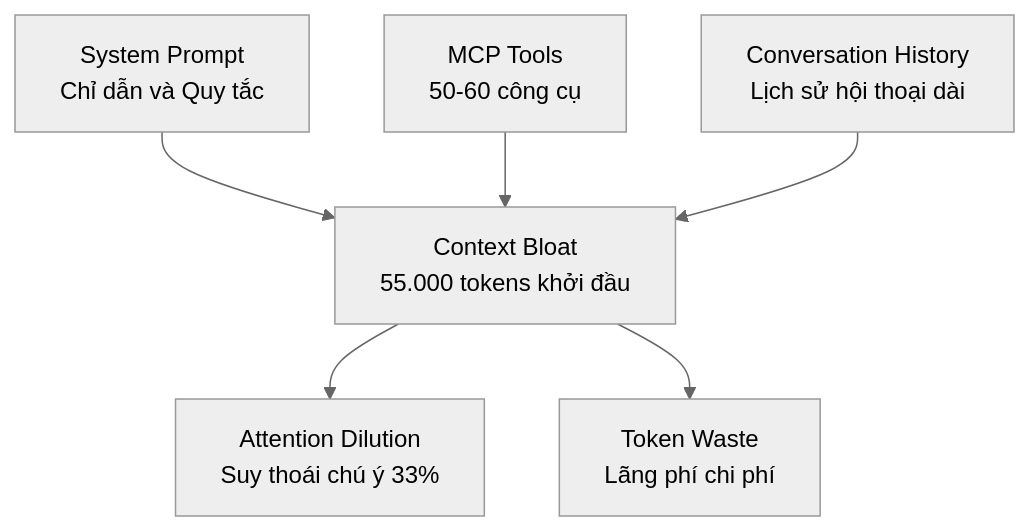
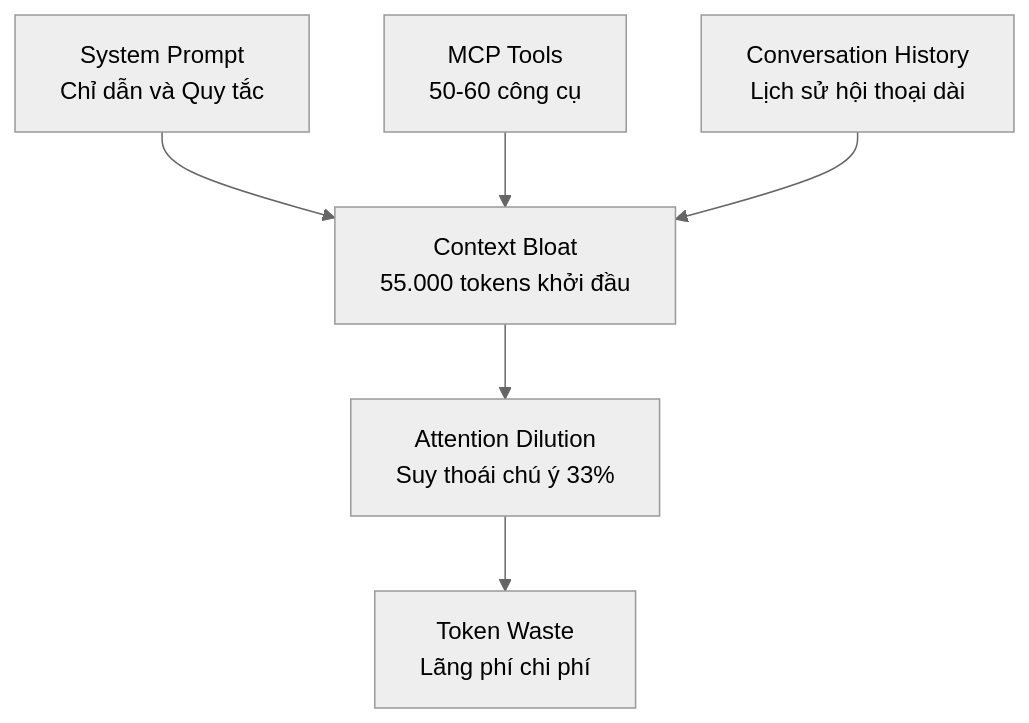
One commit to nguyengoctin/my_website changed the first of 2 diagrams in content/posts/tu-prompt-engineering-den-graph-engineering.md. Above: the diagram before and after it, drawn with Mermaid (neutral theme). The commit also changed 19 other files, not shown here.

Commit message:
chore: implement Mermaid best-practice audit script, apply auto-fixes to posts, and adjust rendering configurations

````diff
--- a/content/posts/tu-prompt-engineering-den-graph-engineering.md
+++ b/content/posts/tu-prompt-engineering-den-graph-engineering.md
@@ -43,14 +43,14 @@
 ```mermaid
 flowchart TD
     Prompt["System Prompt<br/>Chỉ dẫn và Quy tắc"]
     Tools["MCP Tools<br/>50-60 công cụ"]
     History["Conversation History<br/>Lịch sử hội thoại dài"]
     Bloat["Context Bloat<br/>55.000 tokens khởi đầu"]
     Rot["Attention Dilution<br/>Suy thoái chú ý 33%"]
     Waste["Token Waste<br/>Lãng phí chi phí"]
     Prompt --> Bloat
     Tools --> Bloat
     History --> Bloat
     Bloat --> Rot
-    Bloat --> Waste
+    Rot --> Waste
 ```
````
